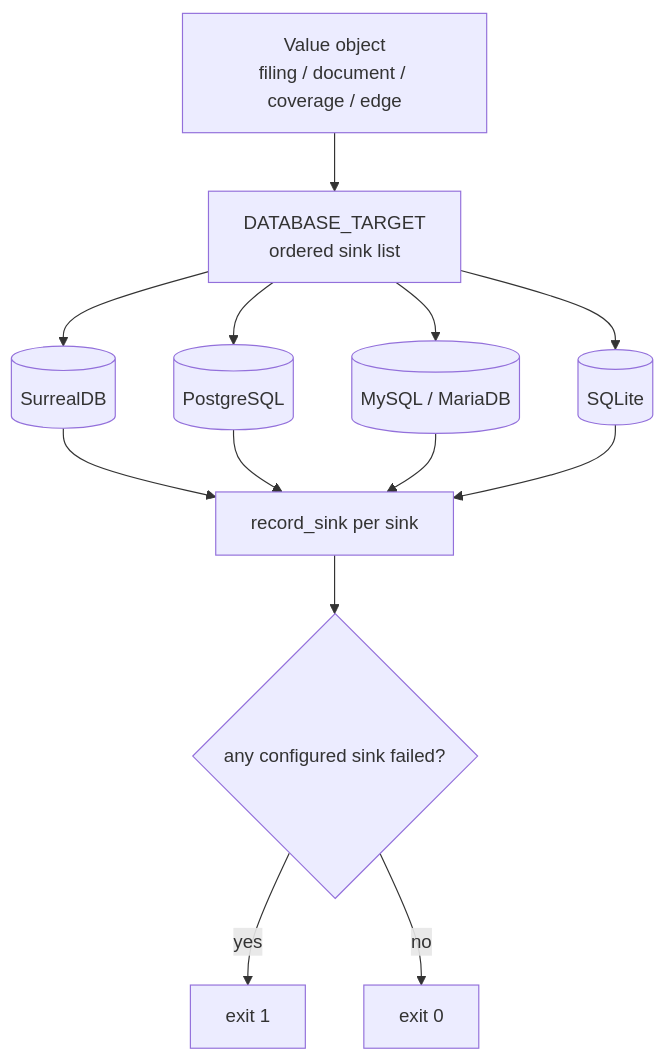
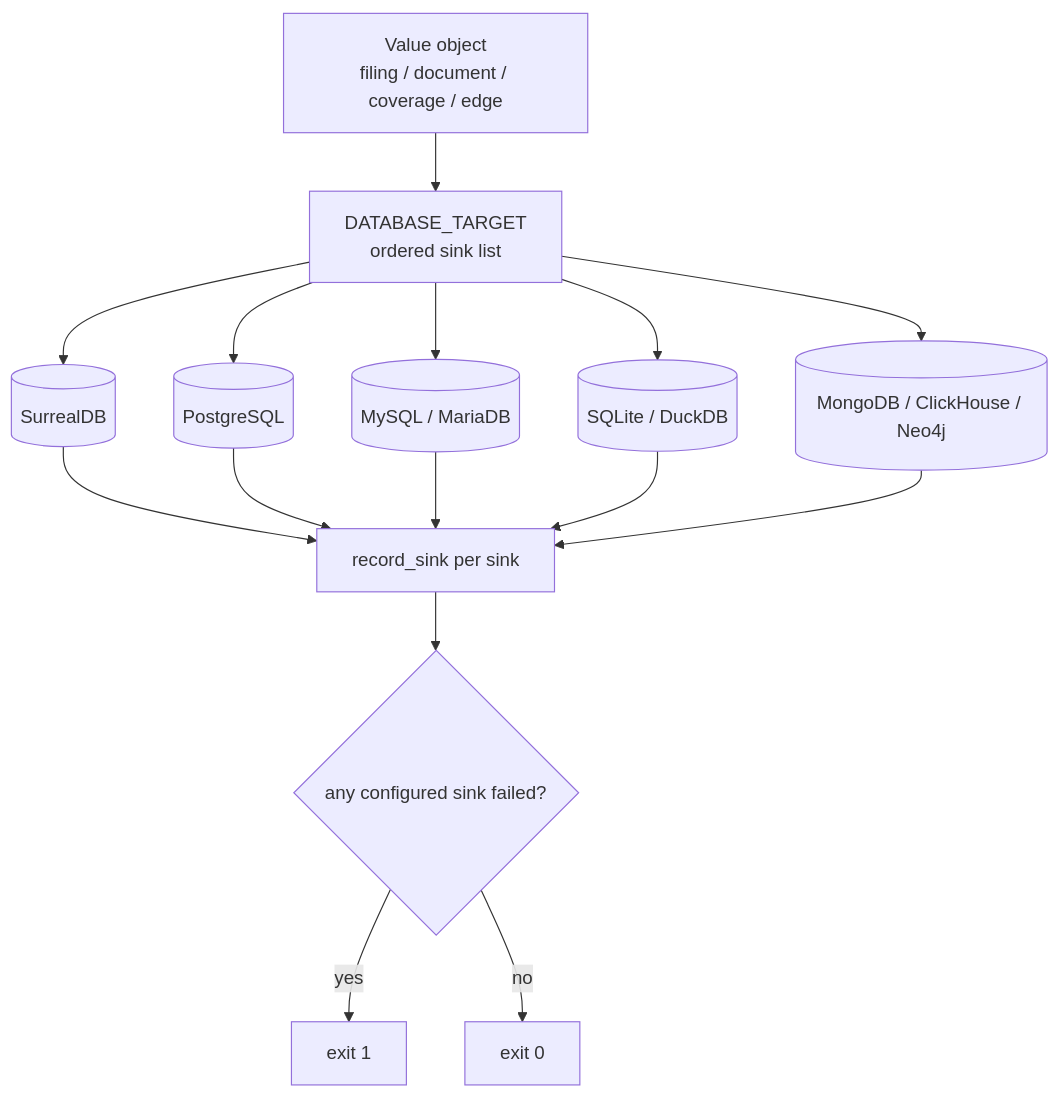
One commit to simonplmak-cloud/hkex-filing-scraper changed the second of 2 diagrams in docs/architecture.md. Above: the diagram before and after it, drawn with Mermaid. The commit also changed other lines of this file and 31 other files, not shown here.

````diff
--- a/docs/architecture.md
+++ b/docs/architecture.md
@@ -42,15 +46,17 @@
 ```mermaid
 flowchart TD
     V[Value object<br/>filing / document / coverage / edge] --> D[DATABASE_TARGET<br/>ordered sink list]
     D --> S[(SurrealDB)]
     D --> P[(PostgreSQL)]
     D --> M[(MySQL / MariaDB)]
-    D --> L[(SQLite)]
+    D --> L[(SQLite / DuckDB)]
+    D --> B[(MongoDB / ClickHouse / Neo4j)]
     S --> R[record_sink per sink]
     P --> R
     M --> R
     L --> R
+    B --> R
     R --> X{any configured sink failed?}
     X -->|yes| E[exit 1]
     X -->|no| O[exit 0]
 ```
````
